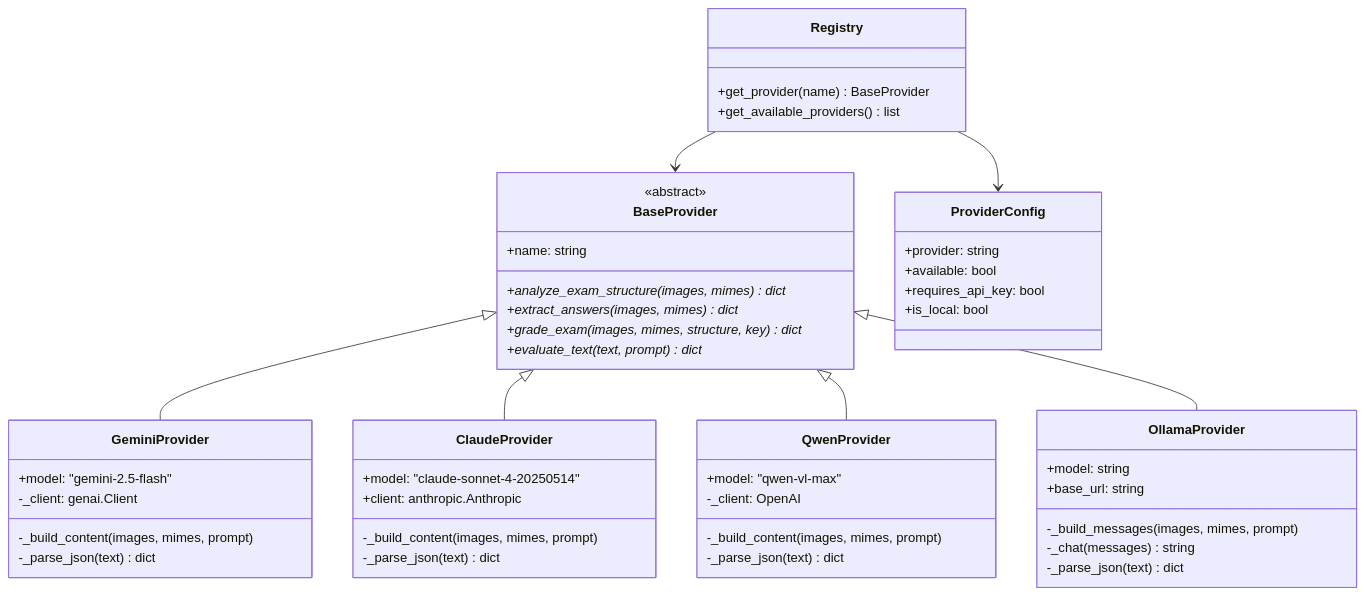
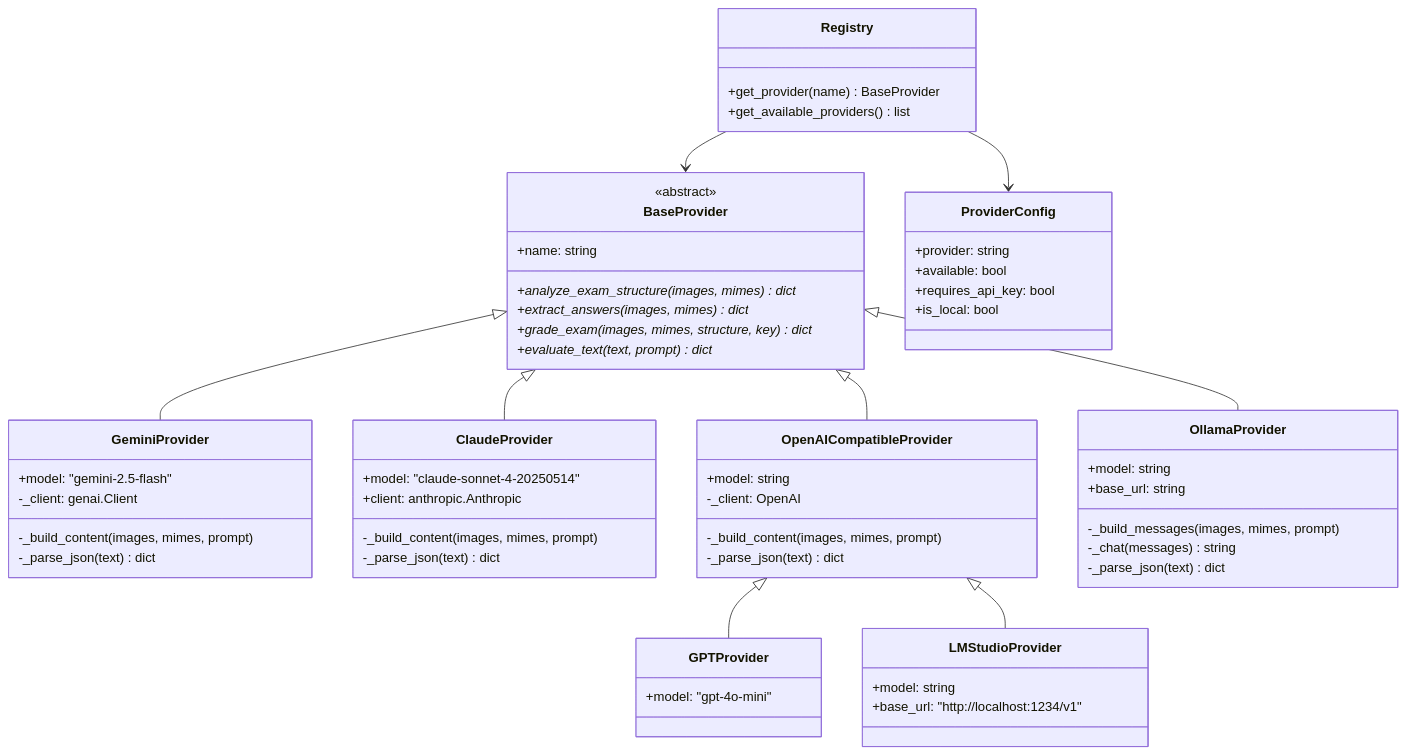
The ninth of 9 diagrams in docs/ARCHITECTURE.md (franciscosuca/exan), drawn with Mermaid before and after one commit. The commit also changed 11 other files, not shown here.

````diff
--- a/docs/ARCHITECTURE.md
+++ b/docs/ARCHITECTURE.md
@@ -377,61 +377,72 @@
 ```mermaid
 classDiagram
     direction TB
 
     class BaseProvider {
         <<abstract>>
         +name: string
         +analyze_exam_structure(images, mimes)* dict
         +extract_answers(images, mimes)* dict
         +grade_exam(images, mimes, structure, key)* dict
         +evaluate_text(text, prompt)* dict
     }
 
     class GeminiProvider {
         +model: "gemini-2.5-flash"
         -_client: genai.Client
         -_build_content(images, mimes, prompt)
         -_parse_json(text) dict
     }
 
     class ClaudeProvider {
         +model: "claude-sonnet-4-20250514"
         +client: anthropic.Anthropic
         -_build_content(images, mimes, prompt)
         -_parse_json(text) dict
     }
 
-    class QwenProvider {
-        +model: "qwen-vl-max"
+    class OpenAICompatibleProvider {
+        +model: string
         -_client: OpenAI
         -_build_content(images, mimes, prompt)
         -_parse_json(text) dict
+    }
+
+    class GPTProvider {
+        +model: "gpt-4o-mini"
+    }
+
+    class LMStudioProvider {
+        +model: string
+        +base_url: "http://localhost:1234/v1"
     }
 
     class OllamaProvider {
         +model: string
         +base_url: string
         -_build_messages(images, mimes, prompt)
         -_chat(messages) string
         -_parse_json(text) dict
     }
 
     class Registry {
         +get_provider(name) BaseProvider
         +get_available_providers() list
     }
 
     class ProviderConfig {
         +provider: string
         +available: bool
         +requires_api_key: bool
         +is_local: bool
     }
 
     BaseProvider <|-- GeminiProvider
     BaseProvider <|-- ClaudeProvider
-    BaseProvider <|-- QwenProvider
+    BaseProvider <|-- OpenAICompatibleProvider
+    OpenAICompatibleProvider <|-- GPTProvider
+    OpenAICompatibleProvider <|-- LMStudioProvider
     BaseProvider <|-- OllamaProvider
     Registry --> BaseProvider
     Registry --> ProviderConfig
 ```
````
